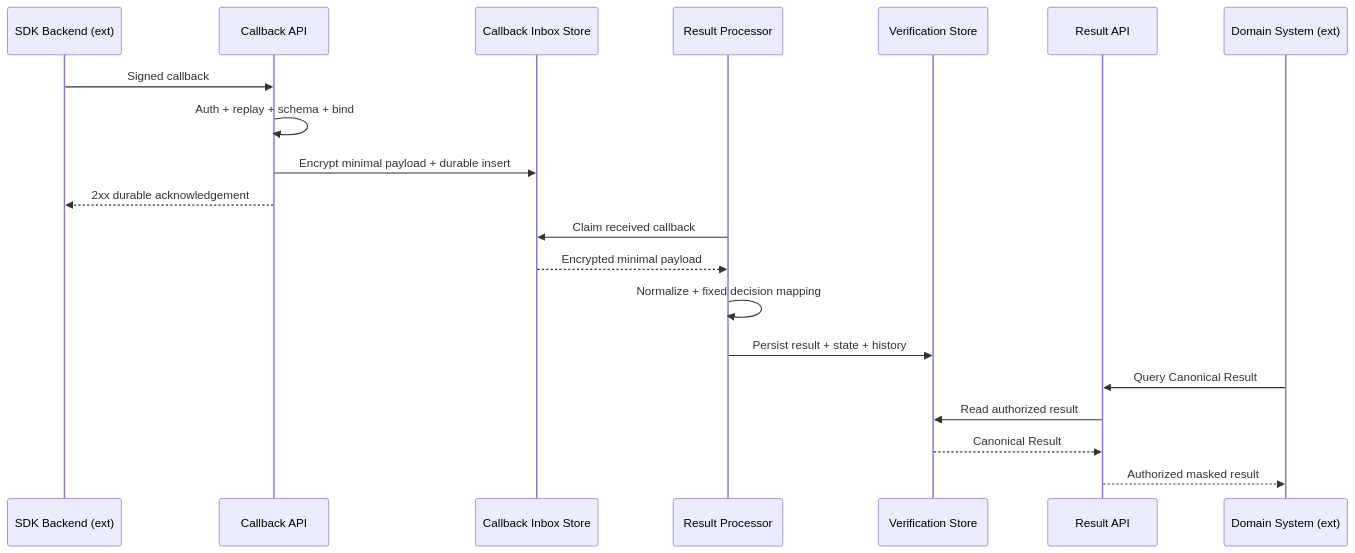
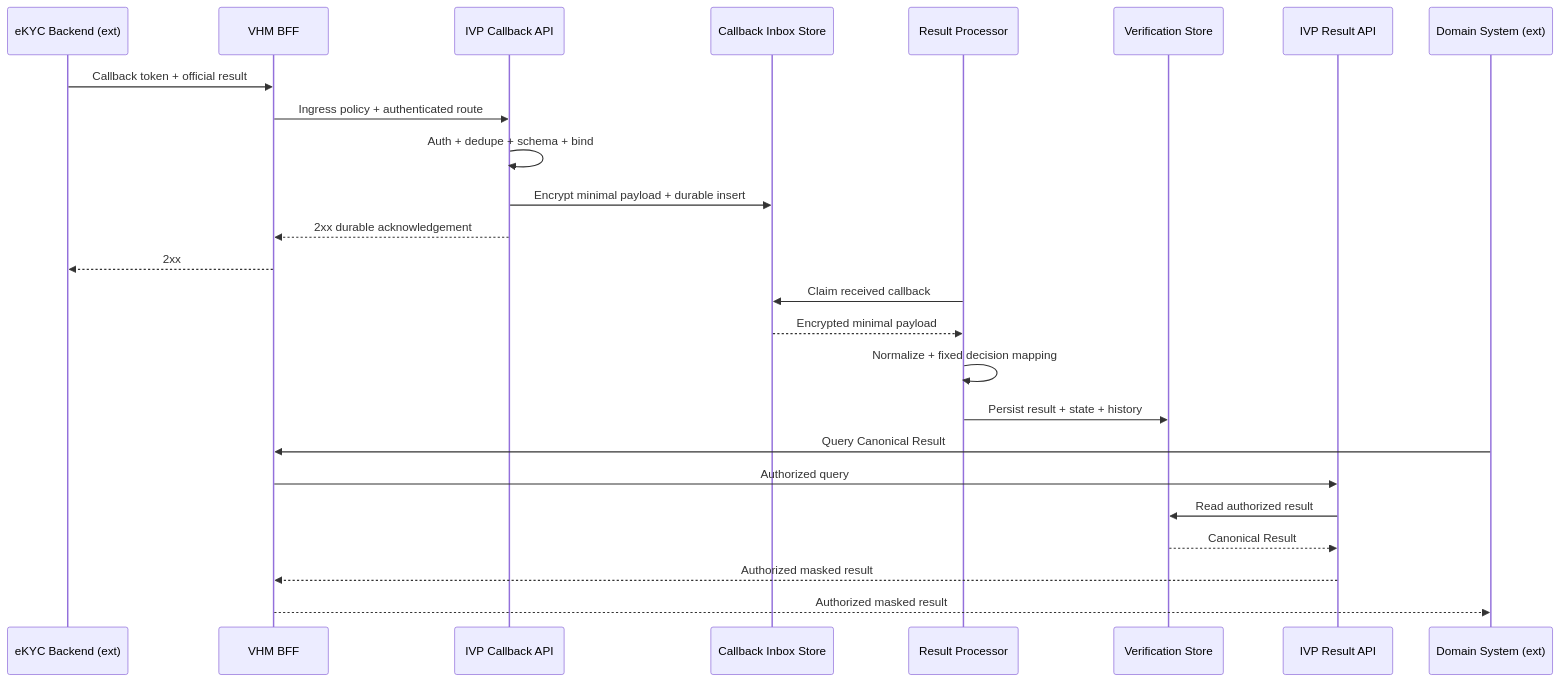
Before and after one commit to huynv-xyz/vhm: diagram 12 of 23 in README.md, drawn with Mermaid. The commit also changed other lines of this file, not shown here.

````diff
--- a/README.md
+++ b/README.md
@@ -1692,22 +1802,27 @@
 ```mermaid
 sequenceDiagram
-    participant BACKEND as SDK Backend (ext)
-    participant CALLBACK as Callback API
+    participant BACKEND as eKYC Backend (ext)
+    participant BFF as VHM BFF
+    participant CALLBACK as IVP Callback API
     participant INBOX as Callback Inbox Store
     participant PROCESSOR as Result Processor
     participant STORE as Verification Store
-    participant RESULT as Result API
+    participant RESULT as IVP Result API
     participant DOMAIN as Domain System (ext)
-    BACKEND->>CALLBACK: Signed callback
-    CALLBACK->>CALLBACK: Auth + replay + schema + bind
+    BACKEND->>BFF: Callback token + official result
+    BFF->>CALLBACK: Ingress policy + authenticated route
+    CALLBACK->>CALLBACK: Auth + dedupe + schema + bind
     CALLBACK->>INBOX: Encrypt minimal payload + durable insert
-    CALLBACK-->>BACKEND: 2xx durable acknowledgement
+    CALLBACK-->>BFF: 2xx durable acknowledgement
+    BFF-->>BACKEND: 2xx
     PROCESSOR->>INBOX: Claim received callback
     INBOX-->>PROCESSOR: Encrypted minimal payload
     PROCESSOR->>PROCESSOR: Normalize + fixed decision mapping
     PROCESSOR->>STORE: Persist result + state + history
-    DOMAIN->>RESULT: Query Canonical Result
+    DOMAIN->>BFF: Query Canonical Result
+    BFF->>RESULT: Authorized query
     RESULT->>STORE: Read authorized result
     STORE-->>RESULT: Canonical Result
-    RESULT-->>DOMAIN: Authorized masked result
+    RESULT-->>BFF: Authorized masked result
+    BFF-->>DOMAIN: Authorized masked result
 ```
````
